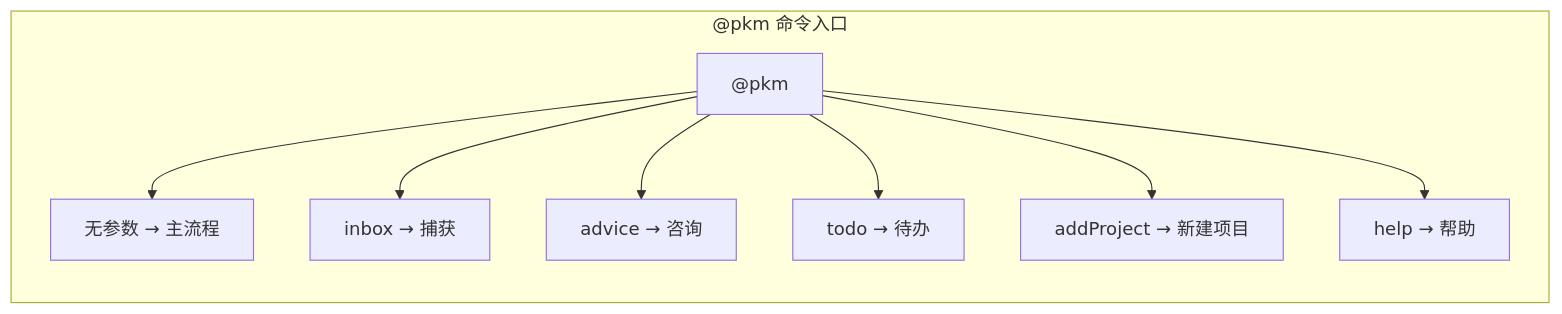
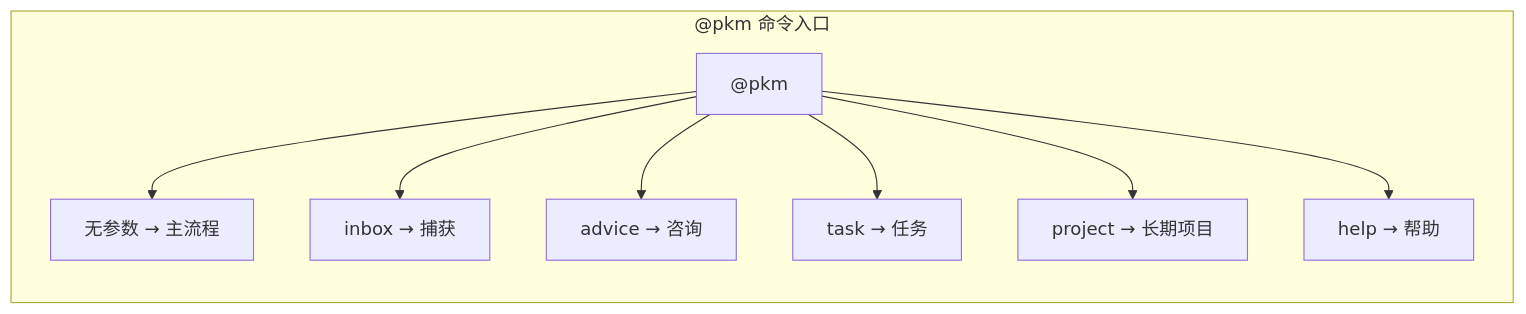
One commit to EvilJoker/pkmskill changed the seventh of 7 diagrams in 文章/Introduce.md. Above: the diagram before and after it, drawn with Mermaid. The commit also changed other lines of this file and 26 other files, not shown here.

````diff
--- a/文章/Introduce.md
+++ b/文章/Introduce.md
@@ -329,12 +334,12 @@
 ```mermaid
 flowchart LR
     subgraph Commands["@pkm 命令入口"]
         PKM["@pkm"]
         PKM --> PM["无参数 → 主流程"]
         PKM --> In["inbox → 捕获"]
         PKM --> Ad["advice → 咨询"]
-        PKM --> Todo["todo → 待办"]
-        PKM --> AddP["addProject → 新建项目"]
+        PKM --> Task["task → 任务"]
+        PKM --> Proj["project → 长期项目"]
         PKM --> H["help → 帮助"]
     end
 ```
````
